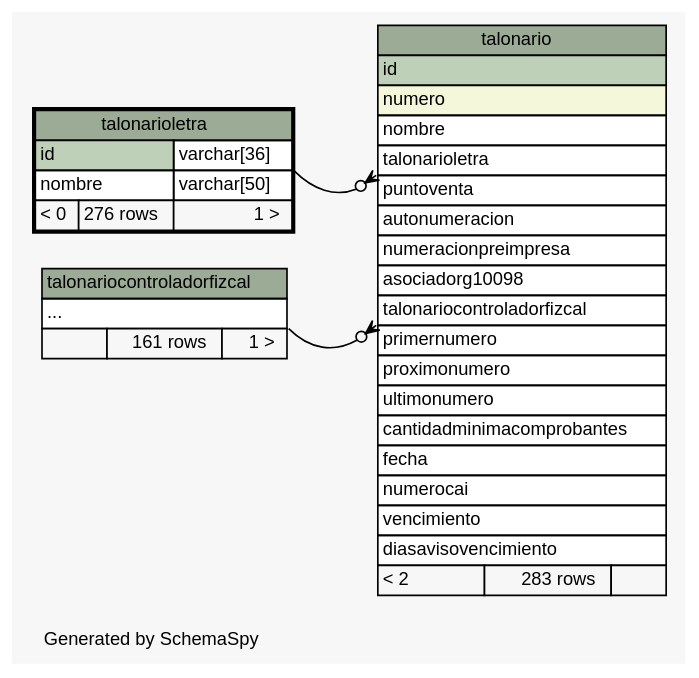
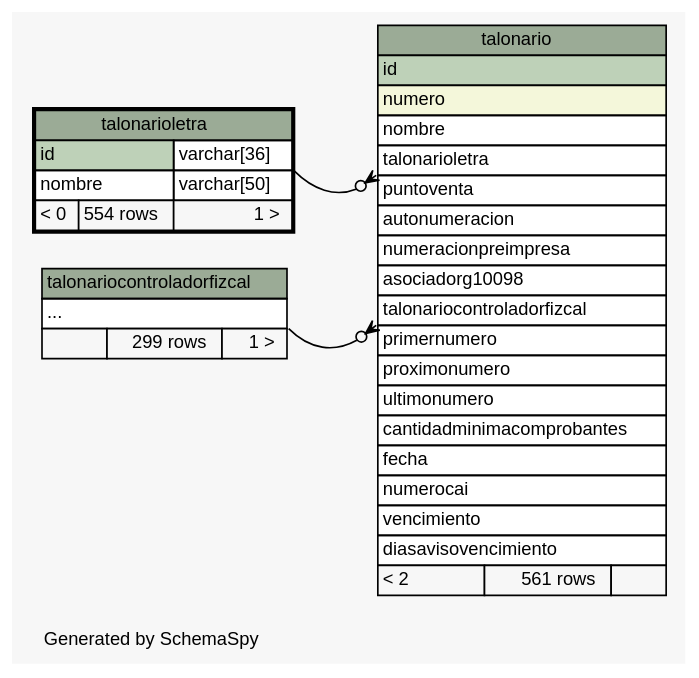
The diagram in postgresql/schemaSpy/salida/diagrams/talonarioletra.2degrees.dot (diegopablomansilla/massoftware_front), drawn with Graphviz before and after one commit. The commit also changed 284 other files, not shown here.

```diff
--- a/postgresql/schemaSpy/salida/diagrams/talonarioletra.2degrees.dot
+++ b/postgresql/schemaSpy/salida/diagrams/talonarioletra.2degrees.dot
@@ -1,71 +1,71 @@
 // dot 2.2.1 on Windows 10 10.0
 // SchemaSpy rev 590
 digraph "twoDegreesRelationshipsDiagram" {
   graph [
     rankdir="RL"
     bgcolor="#f7f7f7"
     label="\nGenerated by SchemaSpy"
     labeljust="l"
     nodesep="0.18"
     ranksep="0.46"
     fontname="Helvetica"
     fontsize="11"
   ];
   node [
     fontname="Helvetica"
     fontsize="11"
     shape="plaintext"
   ];
   edge [
     arrowsize="0.8"
   ];
   "talonario":"talonariocontroladorfizcal":sw -> "talonariocontroladorfizcal":"elipses":se [arrowhead=none dir=back arrowtail=crowodot];
   "talonario":"talonarioletra":sw -> "talonarioletra":"id.type":se [arrowhead=none dir=back arrowtail=crowodot];
   "talonario" [
     label=<
     <TABLE BORDER="0" CELLBORDER="1" CELLSPACING="0" BGCOLOR="#ffffff">
       <TR><TD COLSPAN="3" BGCOLOR="#9bab96" ALIGN="CENTER">talonario</TD></TR>
       <TR><TD PORT="id" COLSPAN="3" BGCOLOR="#bed1b8" ALIGN="LEFT">id</TD></TR>
       <TR><TD PORT="numero" COLSPAN="3" BGCOLOR="#f4f7da" ALIGN="LEFT">numero</TD></TR>
       <TR><TD PORT="nombre" COLSPAN="3" ALIGN="LEFT">nombre</TD></TR>
       <TR><TD PORT="talonarioletra" COLSPAN="3" ALIGN="LEFT">talonarioletra</TD></TR>
       <TR><TD PORT="puntoventa" COLSPAN="3" ALIGN="LEFT">puntoventa</TD></TR>
       <TR><TD PORT="autonumeracion" COLSPAN="3" ALIGN="LEFT">autonumeracion</TD></TR>
       <TR><TD PORT="numeracionpreimpresa" COLSPAN="3" ALIGN="LEFT">numeracionpreimpresa</TD></TR>
       <TR><TD PORT="asociadorg10098" COLSPAN="3" ALIGN="LEFT">asociadorg10098</TD></TR>
       <TR><TD PORT="talonariocontroladorfizcal" COLSPAN="3" ALIGN="LEFT">talonariocontroladorfizcal</TD></TR>
       <TR><TD PORT="primernumero" COLSPAN="3" ALIGN="LEFT">primernumero</TD></TR>
       <TR><TD PORT="proximonumero" COLSPAN="3" ALIGN="LEFT">proximonumero</TD></TR>
       <TR><TD PORT="ultimonumero" COLSPAN="3" ALIGN="LEFT">ultimonumero</TD></TR>
       <TR><TD PORT="cantidadminimacomprobantes" COLSPAN="3" ALIGN="LEFT">cantidadminimacomprobantes</TD></TR>
       <TR><TD PORT="fecha" COLSPAN="3" ALIGN="LEFT">fecha</TD></TR>
       <TR><TD PORT="numerocai" COLSPAN="3" ALIGN="LEFT">numerocai</TD></TR>
       <TR><TD PORT="vencimiento" COLSPAN="3" ALIGN="LEFT">vencimiento</TD></TR>
       <TR><TD PORT="diasavisovencimiento" COLSPAN="3" ALIGN="LEFT">diasavisovencimiento</TD></TR>
-      <TR><TD ALIGN="LEFT" BGCOLOR="#f7f7f7">&lt; 2</TD><TD ALIGN="RIGHT" BGCOLOR="#f7f7f7">283 rows</TD><TD ALIGN="RIGHT" BGCOLOR="#f7f7f7">  </TD></TR>
+      <TR><TD ALIGN="LEFT" BGCOLOR="#f7f7f7">&lt; 2</TD><TD ALIGN="RIGHT" BGCOLOR="#f7f7f7">561 rows</TD><TD ALIGN="RIGHT" BGCOLOR="#f7f7f7">  </TD></TR>
     </TABLE>>
     URL="talonario.html"
     tooltip="talonario"
   ];
   "talonariocontroladorfizcal" [
     label=<
     <TABLE BORDER="0" CELLBORDER="1" CELLSPACING="0" BGCOLOR="#ffffff">
       <TR><TD COLSPAN="3" BGCOLOR="#9bab96" ALIGN="CENTER">talonariocontroladorfizcal</TD></TR>
       <TR><TD PORT="elipses" COLSPAN="3" ALIGN="LEFT">...</TD></TR>
-      <TR><TD ALIGN="LEFT" BGCOLOR="#f7f7f7">  </TD><TD ALIGN="RIGHT" BGCOLOR="#f7f7f7">161 rows</TD><TD ALIGN="RIGHT" BGCOLOR="#f7f7f7">1 &gt;</TD></TR>
+      <TR><TD ALIGN="LEFT" BGCOLOR="#f7f7f7">  </TD><TD ALIGN="RIGHT" BGCOLOR="#f7f7f7">299 rows</TD><TD ALIGN="RIGHT" BGCOLOR="#f7f7f7">1 &gt;</TD></TR>
     </TABLE>>
     URL="talonariocontroladorfizcal.html"
     tooltip="talonariocontroladorfizcal"
   ];
   "talonarioletra" [
     label=<
     <TABLE BORDER="2" CELLBORDER="1" CELLSPACING="0" BGCOLOR="#ffffff">
       <TR><TD COLSPAN="3" BGCOLOR="#9bab96" ALIGN="CENTER">talonarioletra</TD></TR>
       <TR><TD PORT="id" COLSPAN="2" BGCOLOR="#bed1b8" ALIGN="LEFT">id</TD><TD PORT="id.type" ALIGN="LEFT">varchar[36]</TD></TR>
       <TR><TD PORT="nombre" COLSPAN="2" ALIGN="LEFT">nombre</TD><TD PORT="nombre.type" ALIGN="LEFT">varchar[50]</TD></TR>
-      <TR><TD ALIGN="LEFT" BGCOLOR="#f7f7f7">&lt; 0</TD><TD ALIGN="RIGHT" BGCOLOR="#f7f7f7">276 rows</TD><TD ALIGN="RIGHT" BGCOLOR="#f7f7f7">1 &gt;</TD></TR>
+      <TR><TD ALIGN="LEFT" BGCOLOR="#f7f7f7">&lt; 0</TD><TD ALIGN="RIGHT" BGCOLOR="#f7f7f7">554 rows</TD><TD ALIGN="RIGHT" BGCOLOR="#f7f7f7">1 &gt;</TD></TR>
     </TABLE>>
     URL="talonarioletra.html"
     tooltip="talonarioletra"
   ];
 }
```
